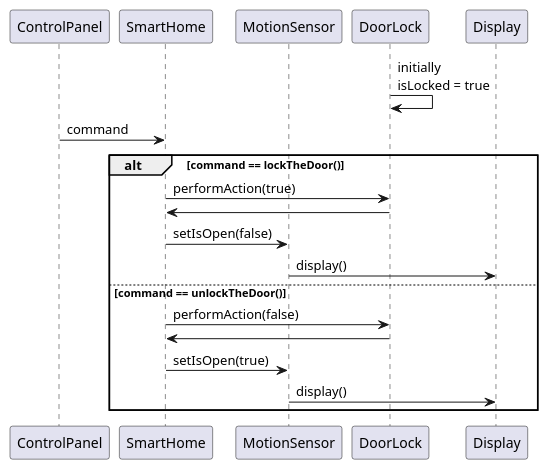
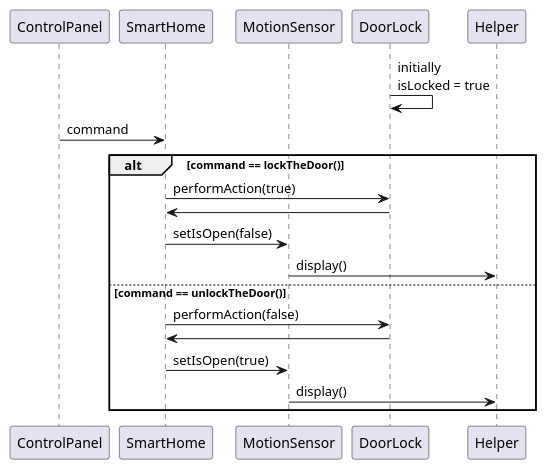
One commit to umutcanceyhan7/oop-practice-projects changed the diagram in src/Diagrams/SequenceDiagram/regulateDoorLock.puml. Above: the diagram before and after it, drawn with PlantUML. The commit also changed 3 other files, not shown here.

Commit message:
fix: update diagram variable from display to helper

```diff
--- a/src/Diagrams/SequenceDiagram/regulateDoorLock.puml
+++ b/src/Diagrams/SequenceDiagram/regulateDoorLock.puml
@@ -1,21 +1,21 @@
 @startuml
 participant MotionSensor order 200
 participant SmartHome order 100
 participant ControlPanel order 90
 participant DoorLock order 300
-participant Display order 500
+participant Helper order 500
 
 DoorLock -> DoorLock: initially\nisLocked = true
 ControlPanel -> SmartHome: command
 alt command == lockTheDoor()
 SmartHome -> DoorLock: performAction(true)
 DoorLock -> SmartHome:
 SmartHome -> MotionSensor: setIsOpen(false)
-MotionSensor -> Display: display()
+MotionSensor -> Helper: display()
 else command == unlockTheDoor()
 SmartHome -> DoorLock: performAction(false)
 DoorLock -> SmartHome:
 SmartHome -> MotionSensor: setIsOpen(true)
-MotionSensor -> Display: display()
+MotionSensor -> Helper: display()
 end
 @enduml
```
